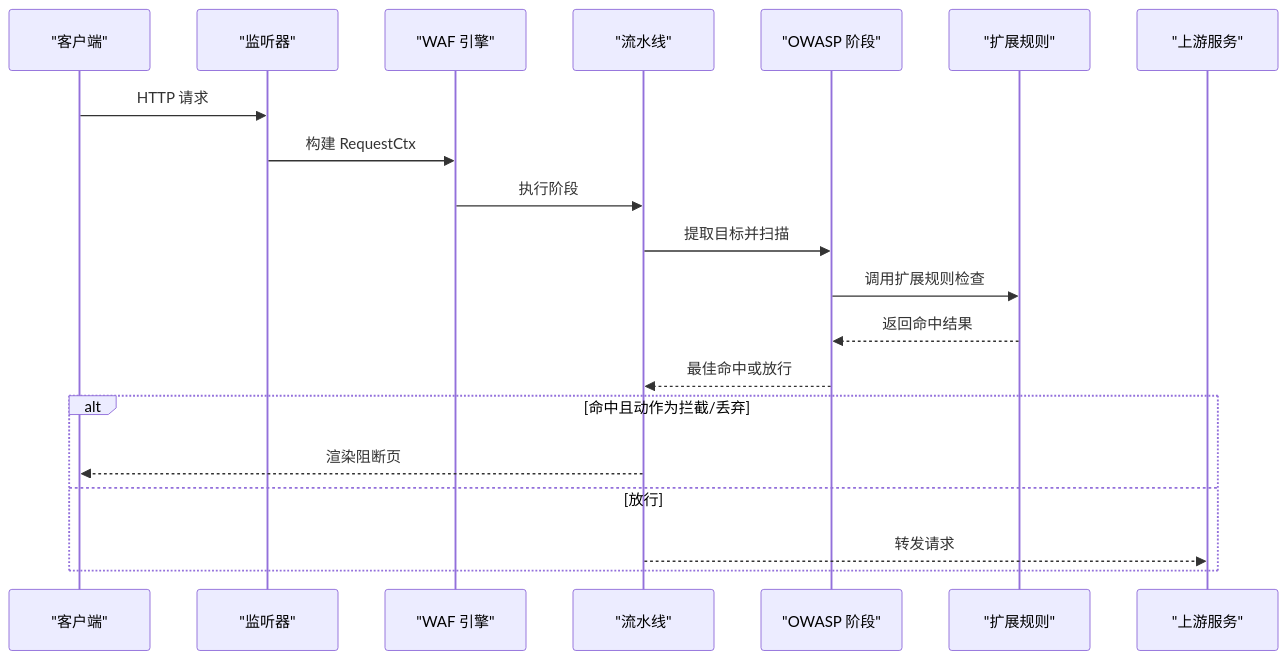
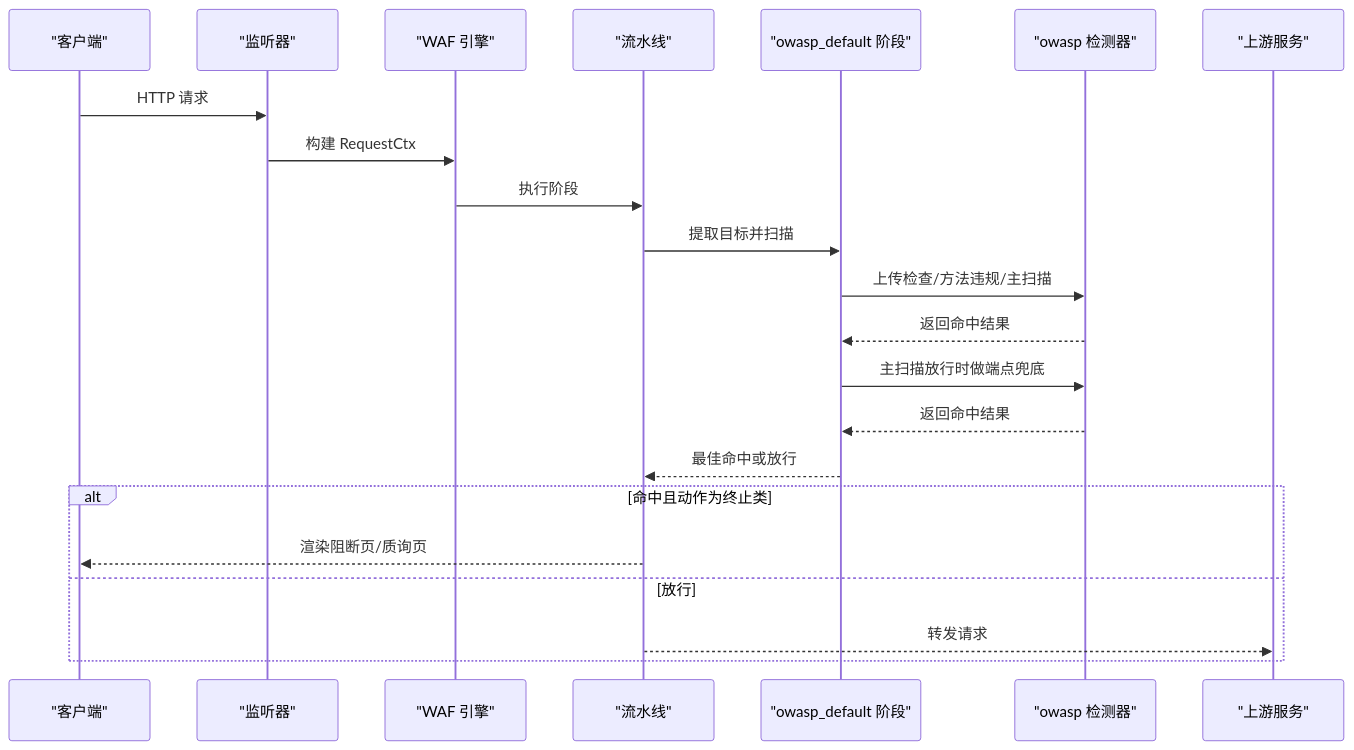
One commit to x01n/My-OpenWaf changed the second of 12 diagrams in docs/安全防护功能/OWASP 检测/基本 OWASP 规则.md. Above: the diagram before and after it, drawn with Mermaid. The commit also changed other lines of this file and 622 other files, not shown here.

````diff
--- a/docs/安全防护功能/OWASP 检测/基本 OWASP 规则.md
+++ b/docs/安全防护功能/OWASP 检测/基本 OWASP 规则.md
@@ -90,22 +102,24 @@
 ```mermaid
 sequenceDiagram
 participant Client as "客户端"
 participant Listener as "监听器"
 participant Engine as "WAF 引擎"
 participant Pipeline as "流水线"
-participant OWASP as "OWASP 阶段"
-participant Ext as "扩展规则"
+participant OWASP as "owasp_default 阶段"
+participant Detect as "owasp 检测器"
 participant Upstream as "上游服务"
 Client->>Listener : HTTP 请求
 Listener->>Engine : 构建 RequestCtx
 Engine->>Pipeline : 执行阶段
 Pipeline->>OWASP : 提取目标并扫描
-OWASP->>Ext : 调用扩展规则检查
-Ext-->>OWASP : 返回命中结果
+OWASP->>Detect : 上传检查/方法违规/主扫描
+Detect-->>OWASP : 返回命中结果
+OWASP->>Detect : 主扫描放行时做端点兜底
+Detect-->>OWASP : 返回命中结果
 OWASP-->>Pipeline : 最佳命中或放行
-alt 命中且动作为拦截/丢弃
-Pipeline-->>Client : 渲染阻断页
+alt 命中且动作为终止类
+Pipeline-->>Client : 渲染阻断页/质询页
 else 放行
 Pipeline-->>Upstream : 转发请求
 end
 ```
````
